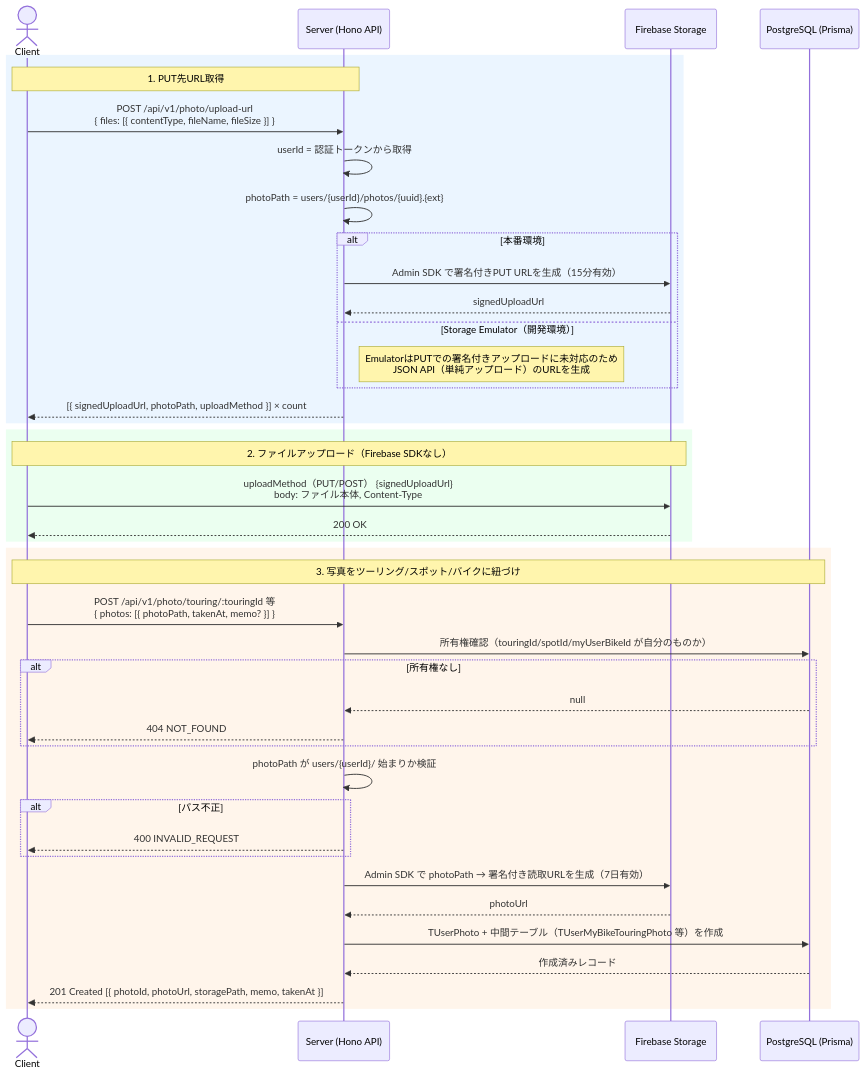
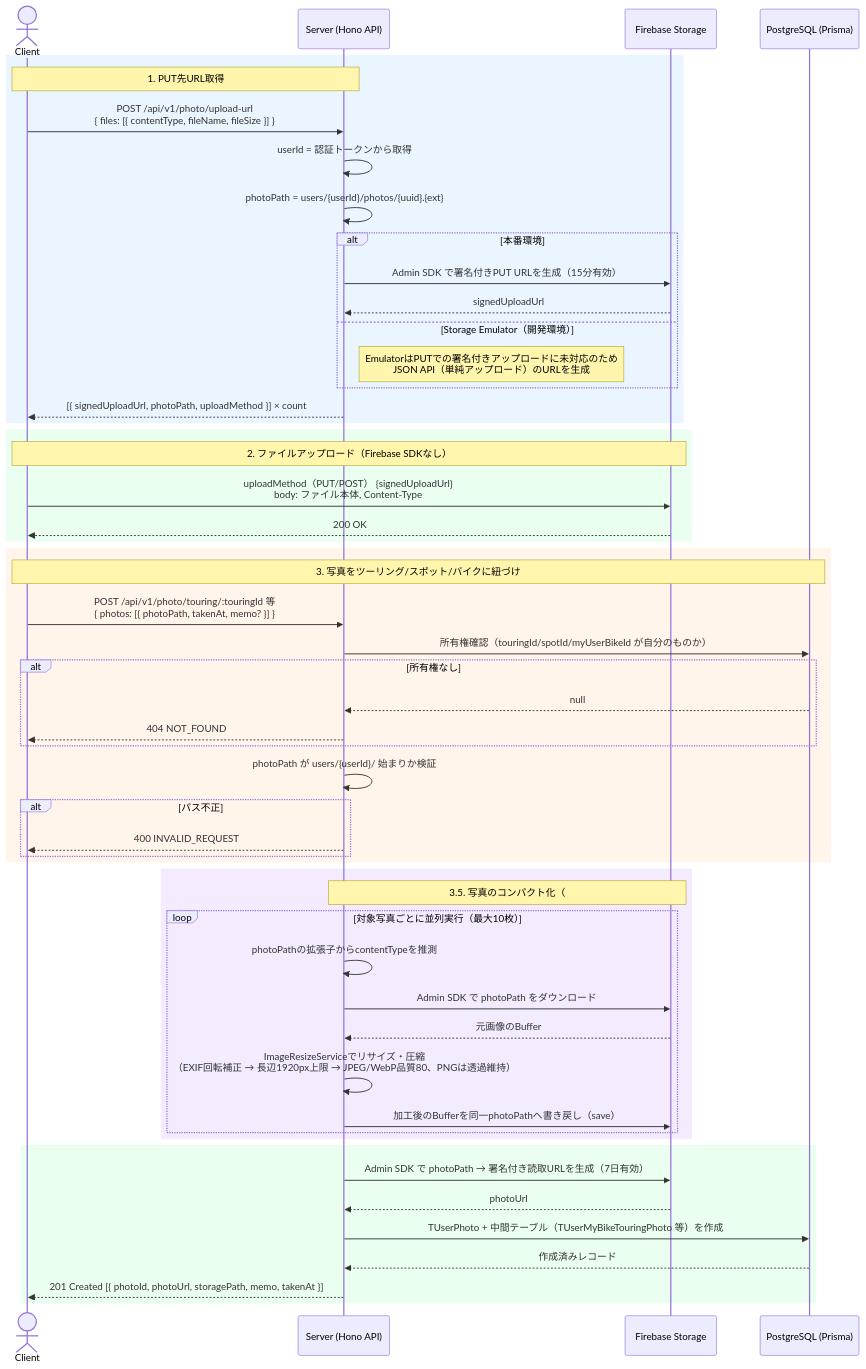
One commit to sakho13/moto-reco changed the first of 3 diagrams in development/docs/02_design/photo_upload.md. Above: the diagram before and after it, drawn with Mermaid. The commit also changed other lines of this file, not shown here.

Commit message:
📝 写真アップロード設計ドキュメントにリサイズ工程を追記
ImageResizeServiceによる写真コンパクト化(#560)をアップロードフロー図・
実装ファイル一覧表・制約仕様表に反映。

````diff
--- a/development/docs/02_design/photo_upload.md
+++ b/development/docs/02_design/photo_upload.md
@@ -18,46 +18,60 @@
 ```mermaid
 sequenceDiagram
     actor Client
     participant Server as Server (Hono API)
     participant Storage as Firebase Storage
     participant DB as PostgreSQL (Prisma)
 
     rect rgb(235, 245, 255)
     Note over Client,Server: 1. PUT先URL取得
     Client->>Server: POST /api/v1/photo/upload-url<br/>{ files: [{ contentType, fileName, fileSize }] }
     Server->>Server: userId = 認証トークンから取得
     Server->>Server: photoPath = users/{userId}/photos/{uuid}.{ext}
     alt 本番環境
         Server->>Storage: Admin SDK で署名付きPUT URLを生成（15分有効）
         Storage-->>Server: signedUploadUrl
     else Storage Emulator（開発環境）
         Note right of Server: EmulatorはPUTでの署名付きアップロードに未対応のため<br/>JSON API（単純アップロード）のURLを生成
     end
     Server-->>Client: [{ signedUploadUrl, photoPath, uploadMethod }] × count
     end
 
     rect rgb(235, 255, 240)
     Note over Client,Storage: 2. ファイルアップロード（Firebase SDKなし）
     Client->>Storage: uploadMethod（PUT/POST） {signedUploadUrl}<br/>body: ファイル本体, Content-Type
     Storage-->>Client: 200 OK
     end
 
     rect rgb(255, 245, 235)
     Note over Client,DB: 3. 写真をツーリング/スポット/バイクに紐づけ
     Client->>Server: POST /api/v1/photo/touring/:touringId 等<br/>{ photos: [{ photoPath, takenAt, memo? }] }
     Server->>DB: 所有権確認（touringId/spotId/myUserBikeId が自分のものか）
     alt 所有権なし
         DB-->>Server: null
         Server-->>Client: 404 NOT_FOUND
     end
     Server->>Server: photoPath が users/{userId}/ 始まりか検証
     alt パス不正
         Server-->>Client: 400 INVALID_REQUEST
     end
+    end
+
+    rect rgb(245, 235, 255)
+    Note over Server,Storage: 3.5. 写真のコンパクト化（#560）
+    loop 対象写真ごとに並列実行（最大10枚）
+        Server->>Server: photoPathの拡張子からcontentTypeを推測
+        Server->>Storage: Admin SDK で photoPath をダウンロード
+        Storage-->>Server: 元画像のBuffer
+        Server->>Server: ImageResizeServiceでリサイズ・圧縮<br/>（EXIF回転補正 → 長辺1920px上限 → JPEG/WebP品質80、PNGは透過維持）
+        Server->>Storage: 加工後のBufferを同一photoPathへ書き戻し（save）
+    end
+    end
+
+    rect rgb(235, 255, 240)
     Server->>Storage: Admin SDK で photoPath → 署名付き読取URLを生成（7日有効）
     Storage-->>Server: photoUrl
     Server->>DB: TUserPhoto + 中間テーブル（TUserMyBikeTouringPhoto 等）を作成
     DB-->>Server: 作成済みレコード
     Server-->>Client: 201 Created [{ photoId, photoUrl, storagePath, memo, takenAt }]
     end
 ```
````
